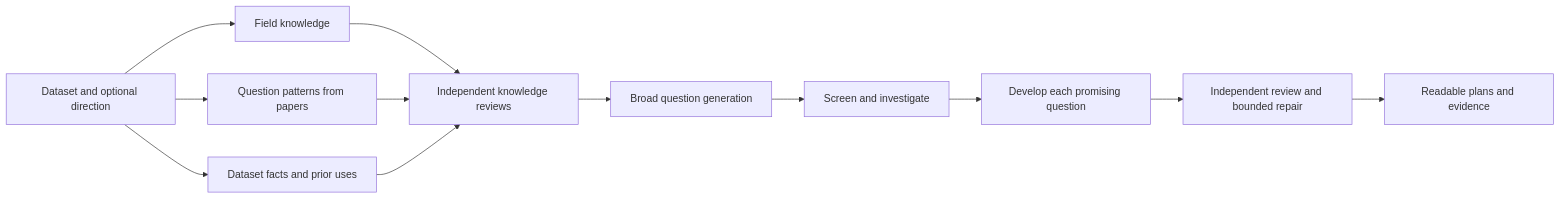
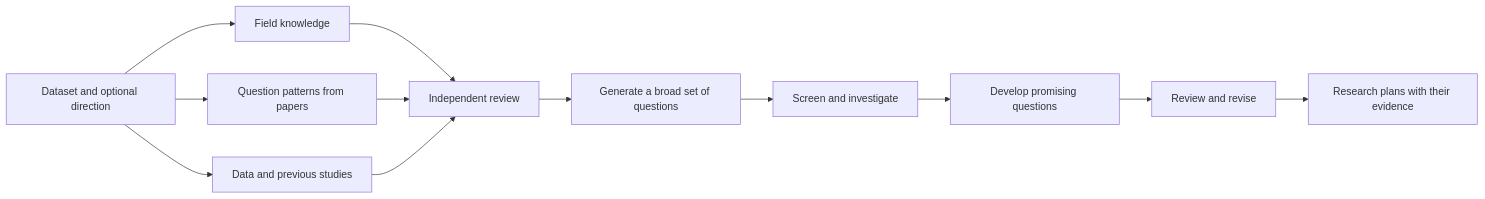
One commit to BeibaiDraco/maiwen changed the diagram in README.md. Above: the diagram before and after it, drawn with Mermaid. The commit also changed other lines of this file and 38 other files, not shown here.

````diff
--- a/README.md
+++ b/README.md
@@ -29,14 +33,14 @@
 ```mermaid
 flowchart LR
     A[Dataset and optional direction] --> B[Field knowledge]
     A --> C[Question patterns from papers]
-    A --> D[Dataset facts and prior uses]
-    B --> E[Independent knowledge reviews]
+    A --> D[Data and previous studies]
+    B --> E[Independent review]
     C --> E
     D --> E
-    E --> F[Broad question generation]
+    E --> F[Generate a broad set of questions]
     F --> G[Screen and investigate]
-    G --> H[Develop each promising question]
-    H --> I[Independent review and bounded repair]
-    I --> J[Readable plans and evidence]
+    G --> H[Develop promising questions]
+    H --> I[Review and revise]
+    I --> J[Research plans with their evidence]
 ```
````
